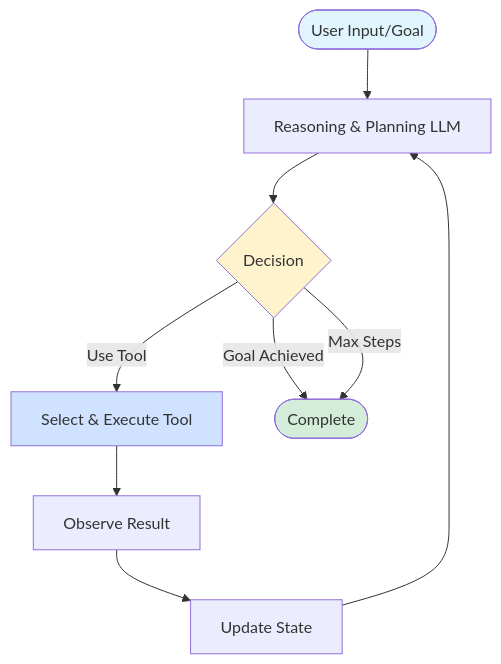
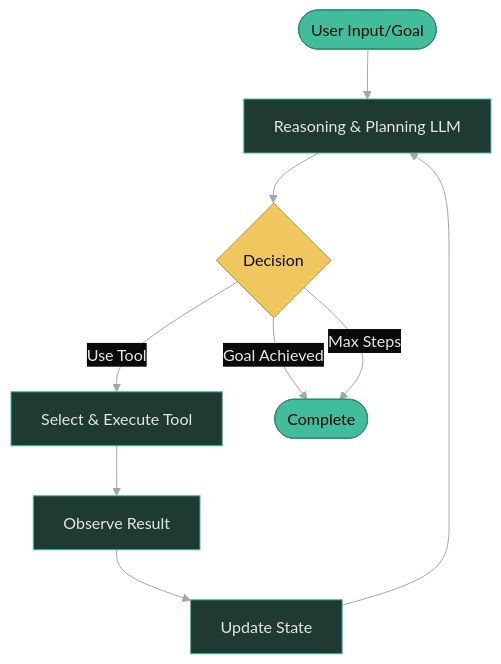
Before and after one commit to diagrid-labs/dapr-reliable-agentic-systems: the diagram in .demo/slides/12-autonomous-agent/12-02-diagram.md, drawn with Mermaid. The commit also changed 55 other files, not shown here.

````diff
--- a/.demo/slides/12-autonomous-agent/12-02-diagram.md
+++ b/.demo/slides/12-autonomous-agent/12-02-diagram.md
@@ -3,16 +3,17 @@
 ```mermaid
+%%{init: {"theme":"base","themeVariables":{"background":"#0a0a0a","primaryColor":"#1f3a32","primaryTextColor":"#e6e6e6","primaryBorderColor":"#41BD9B","lineColor":"#A6A6A6","secondaryColor":"#111315","tertiaryColor":"#111315","clusterBkg":"#111315","clusterBorder":"#41BD9B","titleColor":"#F0C75E","edgeLabelBackground":"#0a0a0a","noteBkgColor":"#111315","noteTextColor":"#e6e6e6","noteBorderColor":"#41BD9B","actorBkg":"#1f3a32","actorBorder":"#41BD9B","actorTextColor":"#e6e6e6","actorLineColor":"#A6A6A6","signalColor":"#A6A6A6","signalTextColor":"#e6e6e6","labelBoxBkgColor":"#0a0a0a","labelBoxBorderColor":"#41BD9B","labelTextColor":"#e6e6e6","loopTextColor":"#e6e6e6","altSectionBkgColor":"#111315","sectionBkgColor":"#111315","fontFamily":"Geist,sans-serif"}}}%%
 graph TD
     Start([User Input/Goal]) --> A1[Reasoning & Planning LLM]
     A1 --> Gate{Decision}
     Gate -->|Use Tool| A3[Select & Execute Tool]
     Gate -->|Goal Achieved| End([Complete])
     Gate -->|Max Steps| End
     A3 --> A4[Observe Result]
     A4 --> A5[Update State]
     A5 --> A1
     
-    style Start fill:#e1f5ff
-    style Gate fill:#fff3cd
-    style A3 fill:#cfe2ff
-    style End fill:#d4edda
+    style Start fill:#41BD9B,stroke:#2d8a70,color:#0a0a0a
+    style Gate fill:#F0C75E,stroke:#b8943f,color:#0a0a0a
+    style A3 fill:#1f3a32,stroke:#41BD9B,color:#e6e6e6
+    style End fill:#41BD9B,stroke:#2d8a70,color:#0a0a0a
 ```
````
